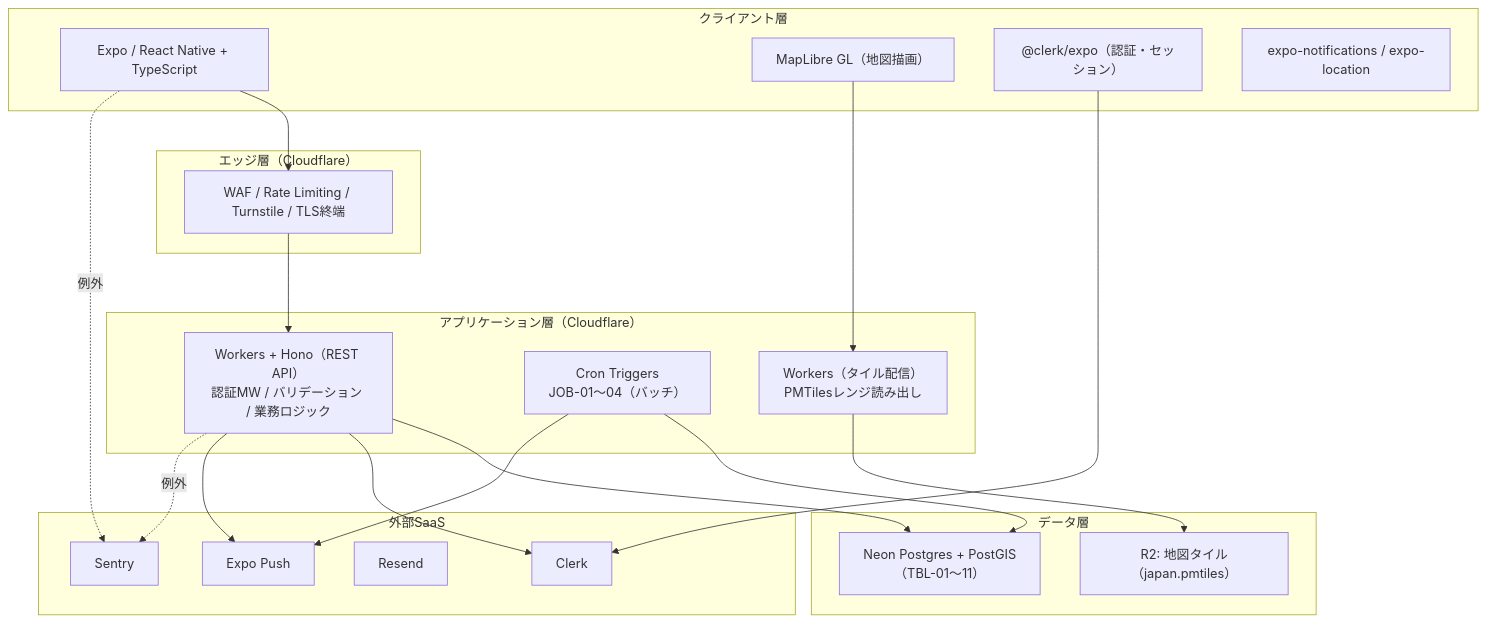
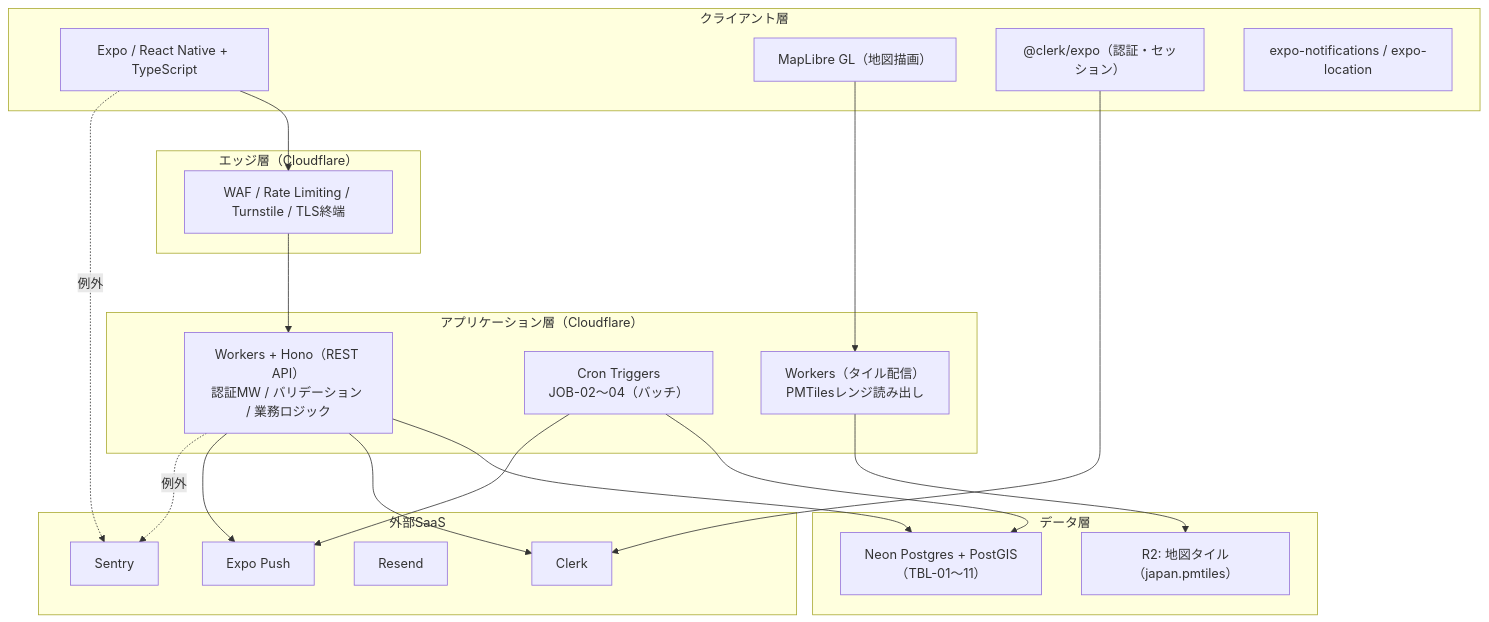
Before and after one commit to yasudaProduct/machibin: the second of 2 diagrams in docs/03_system_configuration.md, drawn with Mermaid. The commit also changed other lines of this file and 11 other files, not shown here.

````diff
--- a/docs/03_system_configuration.md
+++ b/docs/03_system_configuration.md
@@ -77,42 +78,42 @@
 ```mermaid
 flowchart TB
     subgraph Client["クライアント層"]
         RN["Expo / React Native + TypeScript"]
         ML["MapLibre GL（地図描画）"]
         CE["@clerk/expo（認証・セッション）"]
         EN["expo-notifications / expo-location"]
     end
 
     subgraph EdgeLayer["エッジ層（Cloudflare）"]
         WAF["WAF / Rate Limiting / Turnstile / TLS終端"]
     end
 
     subgraph AppLayer["アプリケーション層（Cloudflare）"]
         Hono["Workers + Hono（REST API）<br/>認証MW / バリデーション / 業務ロジック"]
-        CronW["Cron Triggers<br/>JOB-01〜04（バッチ）"]
+        CronW["Cron Triggers<br/>JOB-02〜04（バッチ）"]
         Tiles["Workers（タイル配信）<br/>PMTilesレンジ読み出し"]
     end
 
     subgraph DataLayer["データ層"]
         NeonDB["Neon Postgres + PostGIS<br/>（TBL-01〜11）"]
         R2B["R2: 地図タイル（japan.pmtiles）"]
     end
 
     subgraph External["外部SaaS"]
         ClerkS["Clerk"]
         ExpoS["Expo Push"]
         ResendS["Resend"]
         SentryS["Sentry"]
     end
 
     RN --> WAF --> Hono
     ML --> Tiles --> R2B
     CE --> ClerkS
     Hono --> NeonDB
     Hono --> ClerkS
     Hono --> ExpoS
     CronW --> NeonDB
     CronW --> ExpoS
     Hono -.例外.-> SentryS
     RN -.例外.-> SentryS
 ```
````
